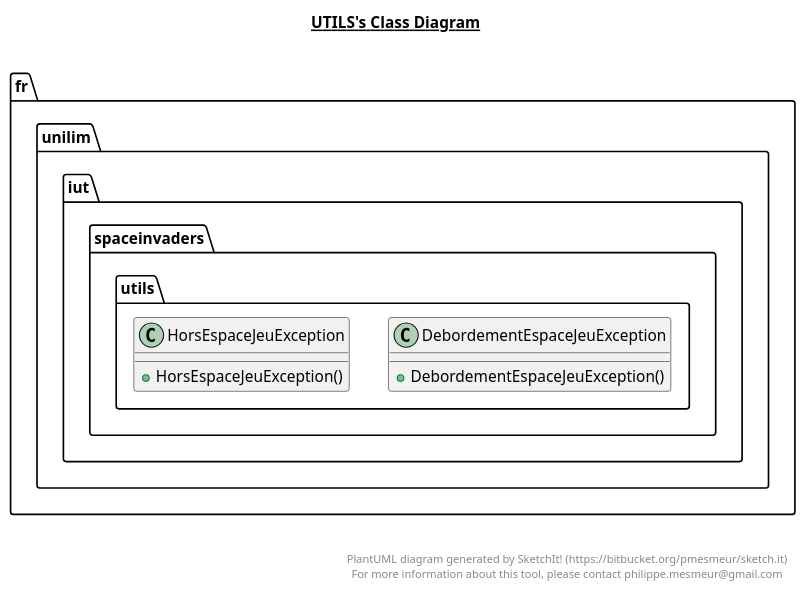
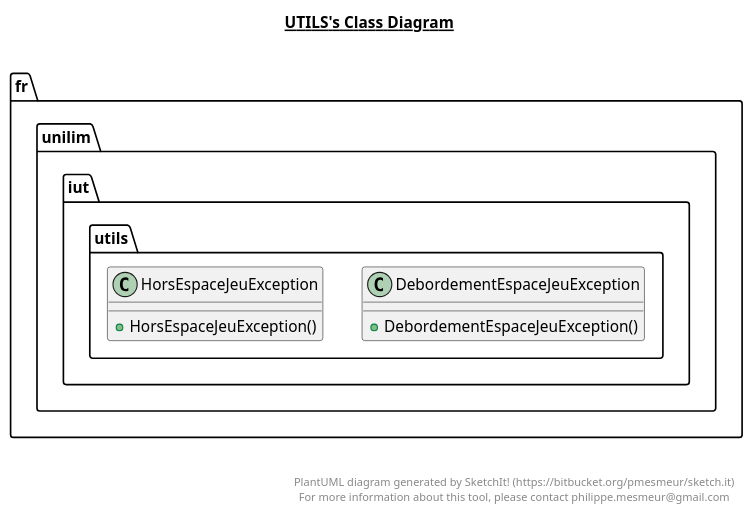
The diagram in src/main/java/fr/unilim/iut/utils/utils.plantuml (Benjamin-Pelaudeix/spaceinvader), drawn with PlantUML before and after one commit. The commit also changed 6 other files, not shown here.

Commit message:
Ajout images + UML

```diff
--- a/src/main/java/fr/unilim/iut/utils/utils.plantuml
+++ b/src/main/java/fr/unilim/iut/utils/utils.plantuml
@@ -1,32 +1,32 @@
 @startuml
 
 title __UTILS's Class Diagram__\n
 
-  namespace fr.unilim.iut.spaceinvaders {
+  namespace fr.unilim.iut {
     namespace utils {
-      class fr.unilim.iut.spaceinvaders.utils.DebordementEspaceJeuException {
+      class fr.unilim.iut.utils.DebordementEspaceJeuException {
           + DebordementEspaceJeuException()
       }
     }
   }
   
 
-  namespace fr.unilim.iut.spaceinvaders {
+  namespace fr.unilim.iut {
     namespace utils {
-      class fr.unilim.iut.spaceinvaders.utils.HorsEspaceJeuException {
+      class fr.unilim.iut.utils.HorsEspaceJeuException {
           + HorsEspaceJeuException()
       }
     }
   }
   
 
 
 
 right footer
 
 
 PlantUML diagram generated by SketchIt! (https://bitbucket.org/pmesmeur/sketch.it)
 For more information about this tool, please contact philippe.mesmeur@gmail.com
 endfooter
 
 @enduml
```
